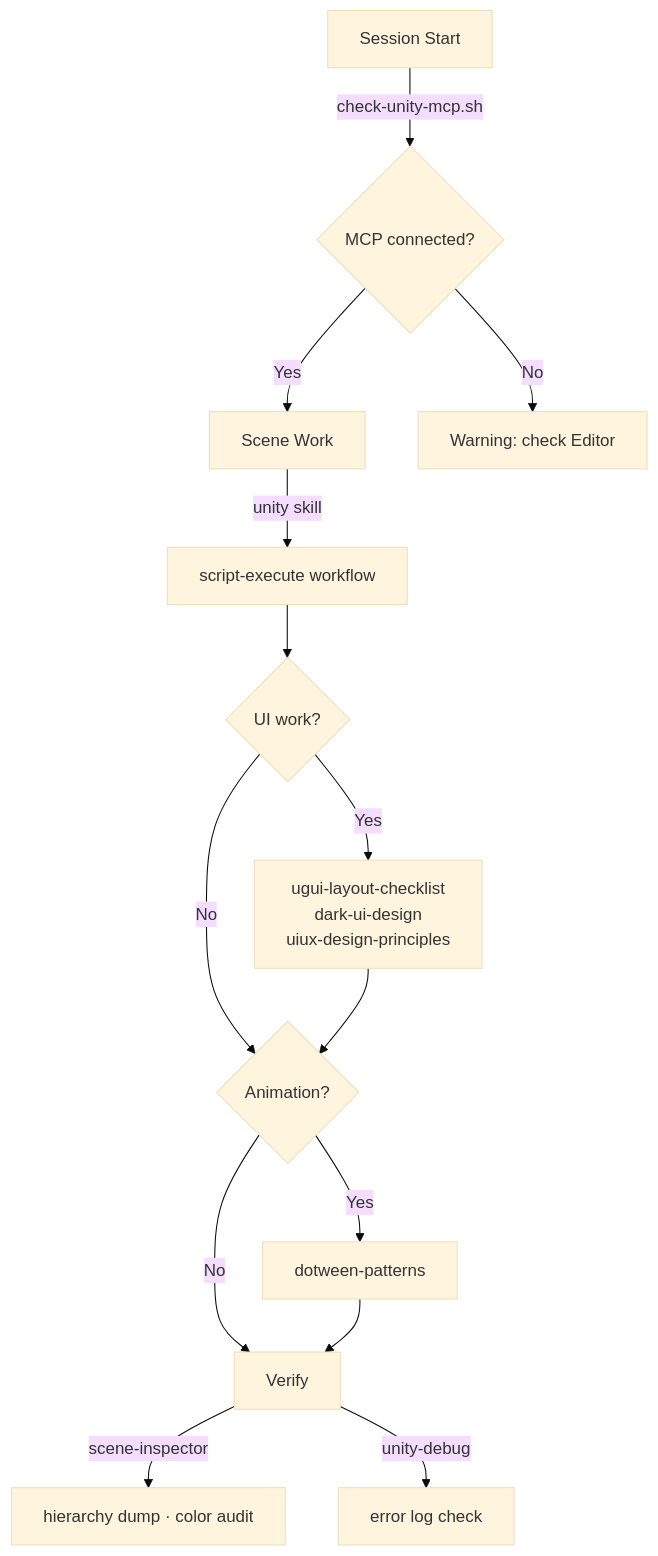
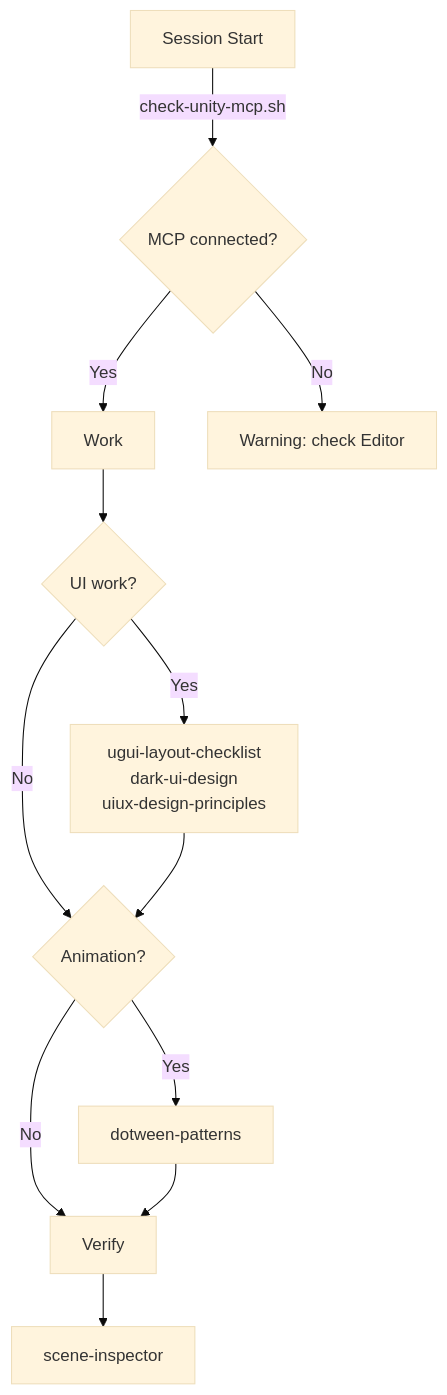
Before and after one commit to wooson00308/CCUF: the second of 2 diagrams in README.md, drawn with Mermaid (base theme). The commit also changed other lines of this file and 1 other file, not shown here.

Commit message:
fix: 플로우 다이어그램에서 삭제된 스킬 참조 제거

````diff
--- a/README.md
+++ b/README.md
@@ -89,16 +89,14 @@
 ```mermaid
 graph TD
     A[Session Start] -->|check-unity-mcp.sh| B{MCP connected?}
-    B -->|Yes| C[Scene Work]
+    B -->|Yes| C[Work]
     B -->|No| B2[Warning: check Editor]
-    C -->|unity skill| D[script-execute workflow]
-    D --> E{UI work?}
+    C --> E{UI work?}
     E -->|Yes| F[ugui-layout-checklist<br/>dark-ui-design<br/>uiux-design-principles]
     E -->|No| G{Animation?}
     F --> G
     G -->|Yes| H[dotween-patterns]
     G -->|No| I[Verify]
     H --> I
-    I -->|scene-inspector| J[hierarchy dump · color audit]
-    I -->|unity-debug| K[error log check]
+    I --> J[scene-inspector]
 ```
````
